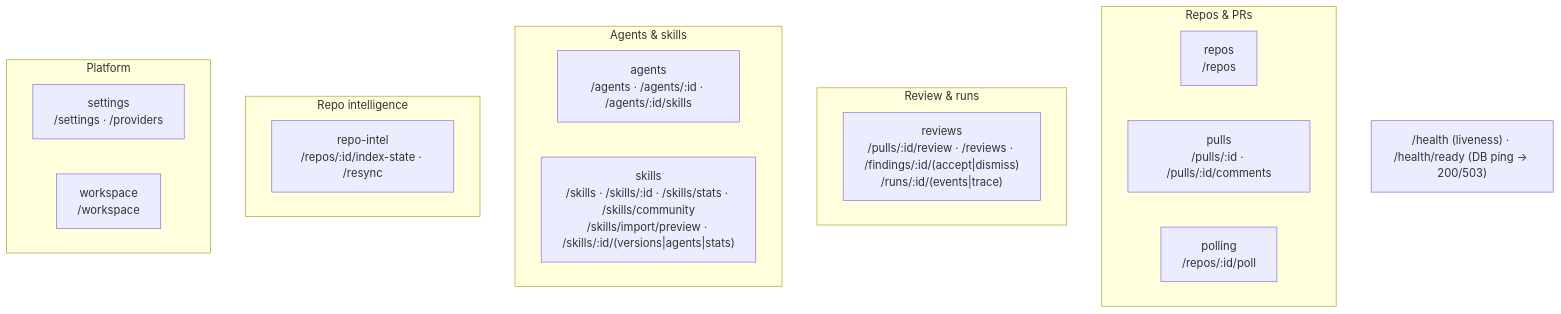
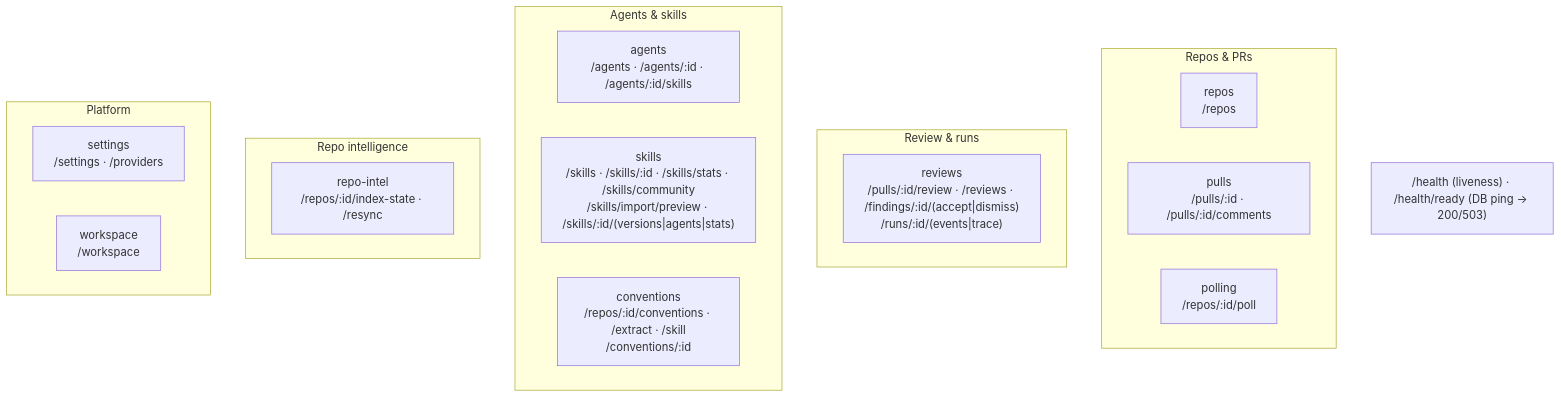
Before and after one commit to ai-agentic-engineering-neo/dev-digest: the second of 2 diagrams in server/README.md, drawn with Mermaid. The commit also changed other lines of this file and 65 other files, not shown here.

````diff
--- a/server/README.md
+++ b/server/README.md
@@ -82,23 +82,24 @@
 ```mermaid
 flowchart TB
   subgraph Repos_PRs["Repos & PRs"]
     repos["repos<br/>/repos"]
     pulls["pulls<br/>/pulls/:id · /pulls/:id/comments"]
     polling["polling<br/>/repos/:id/poll"]
   end
   subgraph Review["Review & runs"]
     reviews["reviews<br/>/pulls/:id/review · /reviews · /findings/:id/(accept|dismiss)<br/>/runs/:id/(events|trace)"]
   end
   subgraph Agents["Agents & skills"]
     agents["agents<br/>/agents · /agents/:id · /agents/:id/skills"]
     skills["skills<br/>/skills · /skills/:id · /skills/stats · /skills/community<br/>/skills/import/preview · /skills/:id/(versions|agents|stats)"]
+    conventions["conventions<br/>/repos/:id/conventions · /extract · /skill<br/>/conventions/:id"]
   end
   subgraph Intel["Repo intelligence"]
     repoIntel["repo-intel<br/>/repos/:id/index-state · /resync"]
   end
   subgraph Platform["Platform"]
     settings["settings<br/>/settings · /providers"]
     workspace["workspace<br/>/workspace"]
   end
   HEALTH["/health (liveness) · /health/ready (DB ping → 200/503)"]
 ```
````
